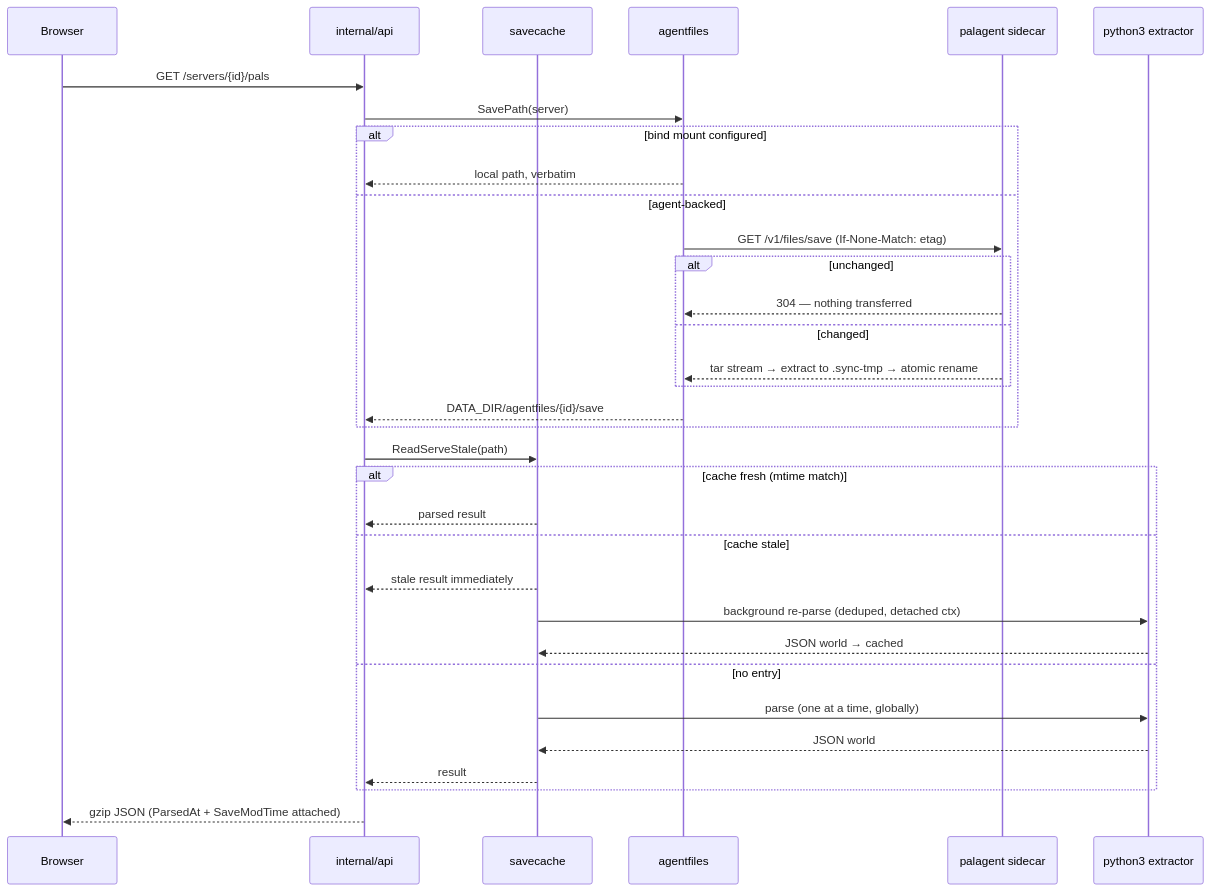
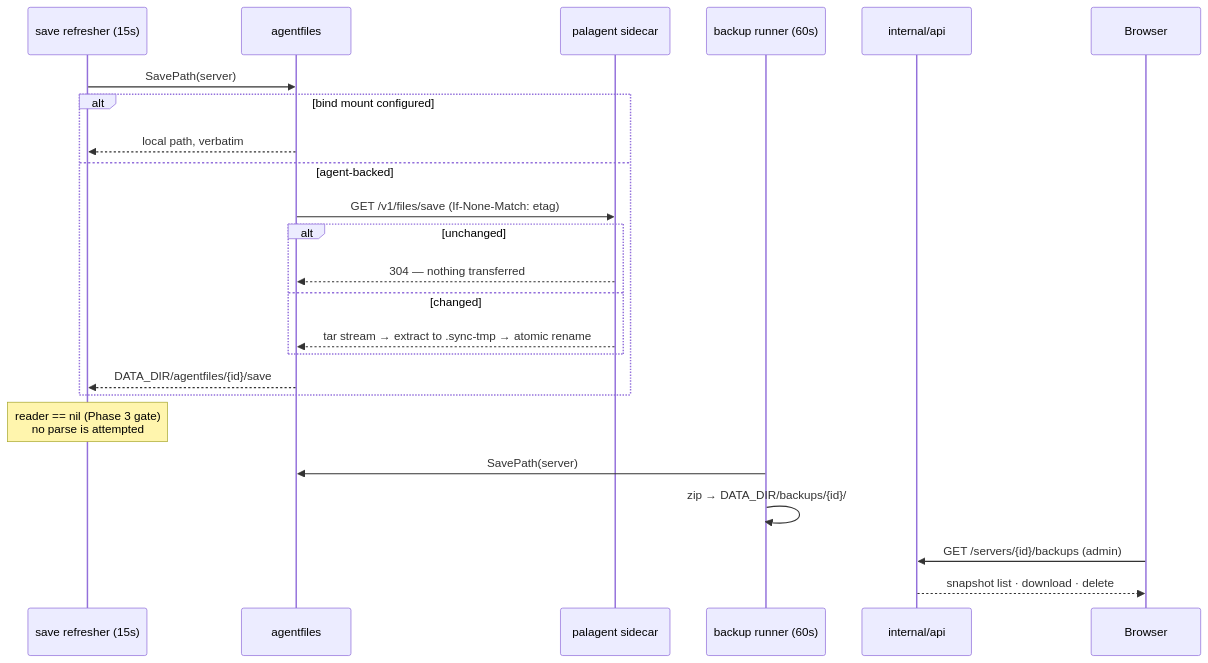
The third of 5 diagrams in docs/architecture.md (safwyls/artificer), drawn with Mermaid before and after one commit. The commit also changed other lines of this file and 39 other files, not shown here.

````diff
--- a/docs/architecture.md
+++ b/docs/architecture.md
@@ -375,36 +438,27 @@
 ```mermaid
 sequenceDiagram
-    participant B as Browser
-    participant API as internal/api
-    participant SC as savecache
+    participant L as save refresher (15s)
     participant AF as agentfiles
     participant AG as palagent sidecar
-    participant PY as python3 extractor
+    participant BK as backup runner (60s)
+    participant API as internal/api
+    participant B as Browser
 
-    B->>API: GET /servers/{id}/pals
-    API->>AF: SavePath(server)
+    L->>AF: SavePath(server)
     alt bind mount configured
-        AF-->>API: local path, verbatim
+        AF-->>L: local path, verbatim
     else agent-backed
         AF->>AG: GET /v1/files/save (If-None-Match: etag)
         alt unchanged
             AG-->>AF: 304 — nothing transferred
         else changed
             AG-->>AF: tar stream → extract to .sync-tmp → atomic rename
         end
-        AF-->>API: DATA_DIR/agentfiles/{id}/save
+        AF-->>L: DATA_DIR/agentfiles/{id}/save
     end
-    API->>SC: ReadServeStale(path)
-    alt cache fresh (mtime match)
-        SC-->>API: parsed result
-    else cache stale
-        SC-->>API: stale result immediately
-        SC->>PY: background re-parse (deduped, detached ctx)
-        PY-->>SC: JSON world → cached
-    else no entry
-        SC->>PY: parse (one at a time, globally)
-        PY-->>SC: JSON world
-        SC-->>API: result
-    end
-    API-->>B: gzip JSON (ParsedAt + SaveModTime attached)
+    Note over L: reader == nil (Phase 3 gate)<br/>no parse is attempted
+    BK->>AF: SavePath(server)
+    BK->>BK: zip → DATA_DIR/backups/{id}/
+    B->>API: GET /servers/{id}/backups (admin)
+    API-->>B: snapshot list · download · delete
 ```
````
